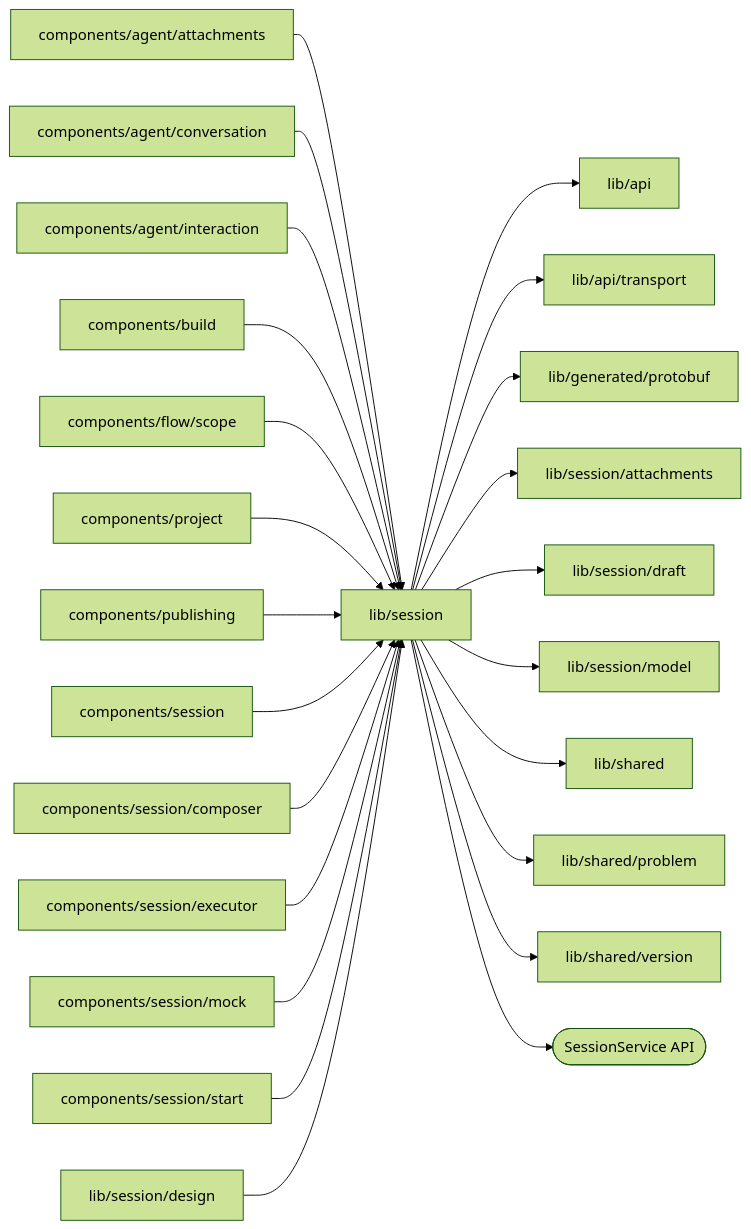
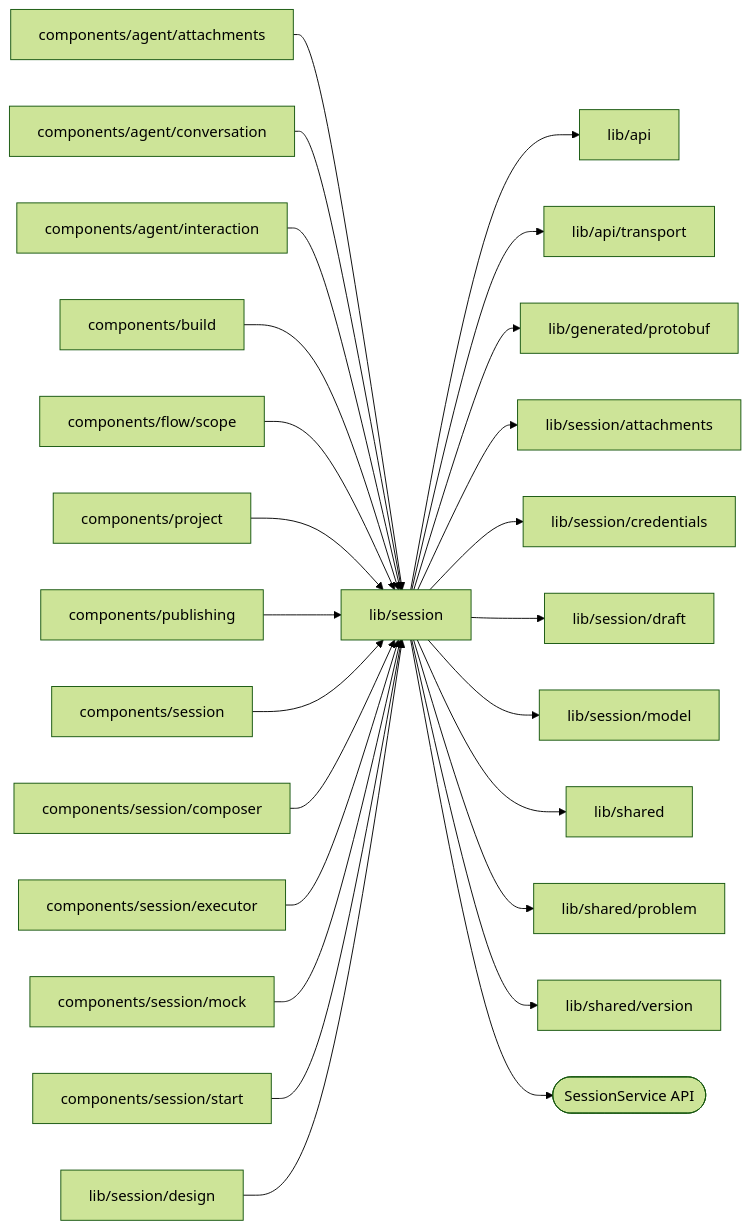
Before and after one commit to superdurable/superverse: the diagram in web/studio/lib/session/README.md, drawn with Mermaid (forest theme). The commit also changed other lines of this file and 112 other files, not shown here.

````diff
--- a/web/studio/lib/session/README.md
+++ b/web/studio/lib/session/README.md
@@ -10,27 +10,28 @@
 ```mermaid
 flowchart LR
   self["lib/session"]
   c0["components/agent/attachments"] --> self
   c1["components/agent/conversation"] --> self
   c2["components/agent/interaction"] --> self
   c3["components/build"] --> self
   c4["components/flow/scope"] --> self
   c5["components/project"] --> self
   c6["components/publishing"] --> self
   c7["components/session"] --> self
   c8["components/session/composer"] --> self
   c9["components/session/executor"] --> self
   c10["components/session/mock"] --> self
   c11["components/session/start"] --> self
   c12["lib/session/design"] --> self
   self --> d0["lib/api"]
   self --> d1["lib/api/transport"]
   self --> d2["lib/generated/protobuf"]
   self --> d3["lib/session/attachments"]
-  self --> d4["lib/session/draft"]
-  self --> d5["lib/session/model"]
-  self --> d6["lib/shared"]
-  self --> d7["lib/shared/problem"]
-  self --> d8["lib/shared/version"]
+  self --> d4["lib/session/credentials"]
+  self --> d5["lib/session/draft"]
+  self --> d6["lib/session/model"]
+  self --> d7["lib/shared"]
+  self --> d8["lib/shared/problem"]
+  self --> d9["lib/shared/version"]
   self --> e0(["SessionService API"])
 ```
````
